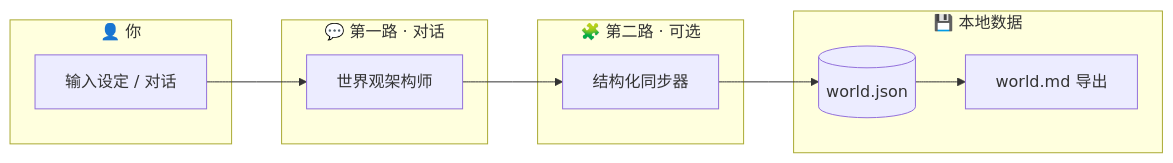
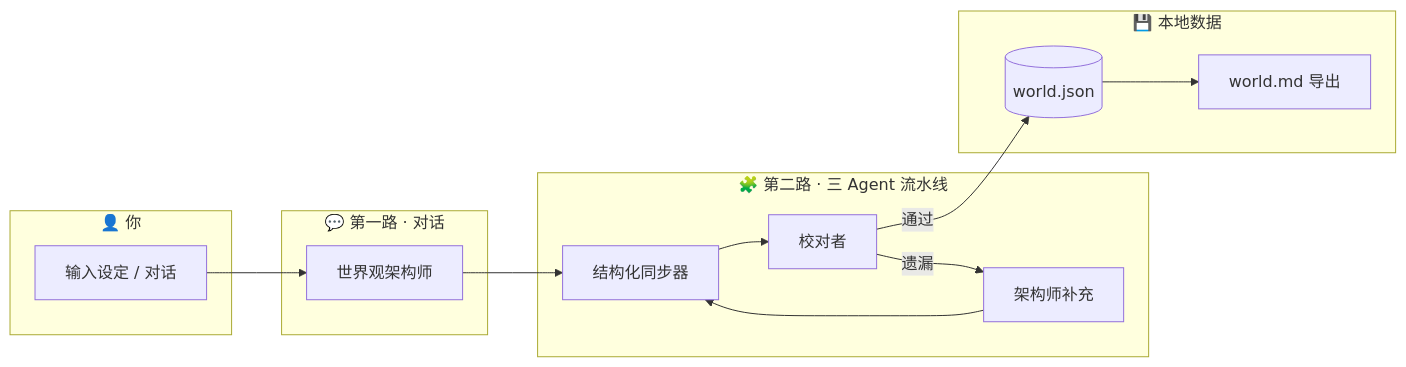
The first of 4 diagrams in README.md (Lucas-Wang-THU/Magic_Creater_World), drawn with Mermaid before and after one commit. The commit also changed other lines of this file and 15 other files, not shown here.

````diff
--- a/README.md
+++ b/README.md
@@ -113,20 +113,25 @@
 ```mermaid
 flowchart LR
   subgraph 用户["👤 你"]
     A[输入设定 / 对话]
   end
   subgraph 第一路["💬 第一路 · 对话"]
     B[世界观架构师]
   end
-  subgraph 第二路["🧩 第二路 · 可选"]
+  subgraph 第二路["🧩 第二路 · 三 Agent 流水线"]
     C[结构化同步器]
+    D[校对者]
+    E[架构师补充]
   end
   subgraph 本地["💾 本地数据"]
-    D[(world.json)]
-    E[world.md 导出]
+    F[(world.json)]
+    G[world.md 导出]
   end
   A --> B
   B --> C
   C --> D
-  D --> E
+  D -->|通过| F
+  D -->|遗漏| E
+  E --> C
+  F --> G
 ```
````
